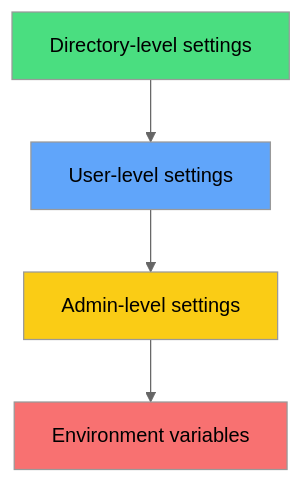
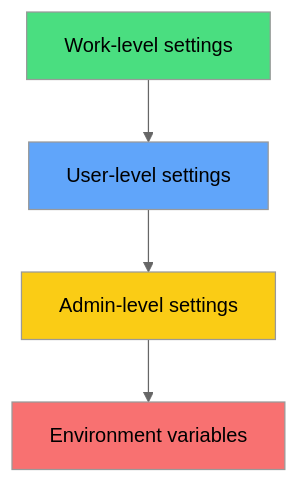
Before and after one commit to ever-works/ever-works: the second of 2 diagrams in docs/devops/environment-management.md, drawn with Mermaid (neutral theme). The commit also changed other lines of this file and 395 other files, not shown here.

````diff
--- a/docs/devops/environment-management.md
+++ b/docs/devops/environment-management.md
@@ -296,11 +296,11 @@
 ```mermaid
 flowchart TB
-    D[Directory-level settings] --> U[User-level settings]
+    D[Work-level settings] --> U[User-level settings]
     U --> A[Admin-level settings]
     A --> E[Environment variables]
 
     style D fill:#4ade80,color:#000
     style U fill:#60a5fa,color:#000
     style A fill:#facc15,color:#000
     style E fill:#f87171,color:#000
 ```
````
